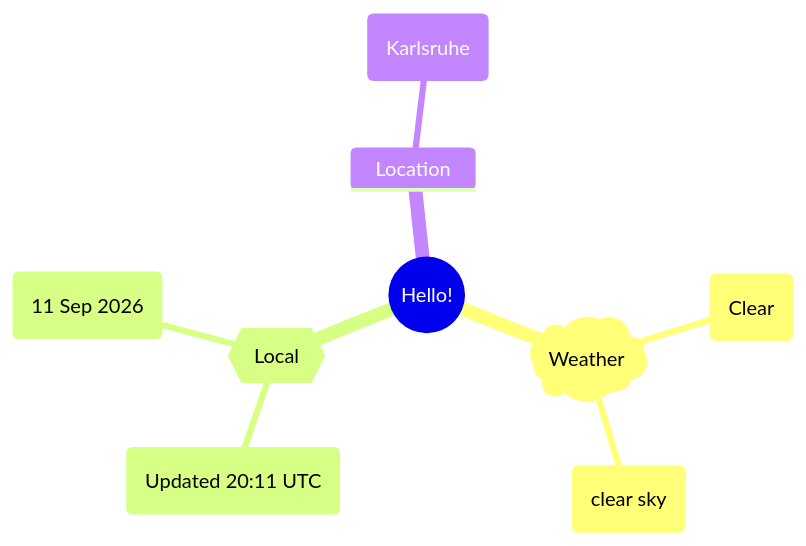
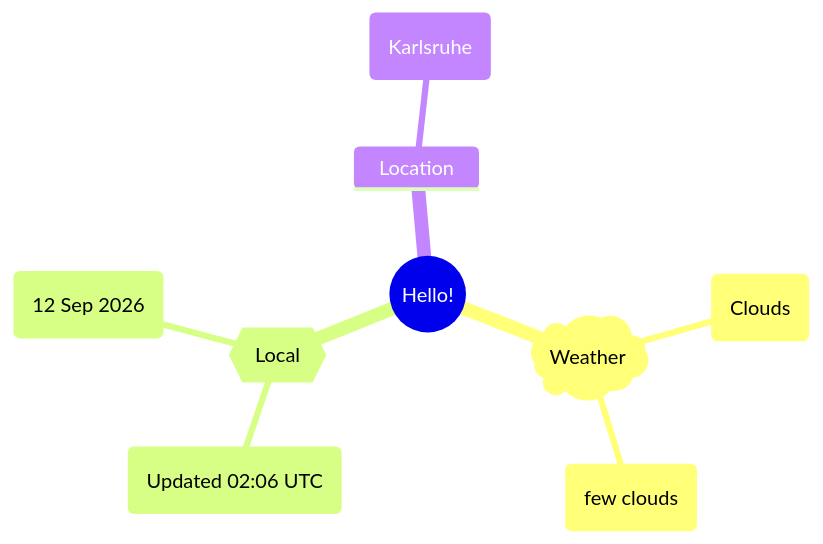
Before and after one commit to Xosrov/Xosrov: the first of 2 diagrams in README.md, drawn with Mermaid.

Commit message:
[bot] updated images

````diff
--- a/README.md
+++ b/README.md
@@ -3,12 +3,12 @@
 ```mermaid
 mindmap
   root((Hello!))
     )Weather(
-        (Clear)
-        (clear sky)
+        (Clouds)
+        (few clouds)
     {{Local}}
-        (Updated 20:11 UTC)
-        (11 Sep 2026)
+        (Updated 02:06 UTC)
+        (12 Sep 2026)
     Location
         (Karlsruhe)
 ```
````
